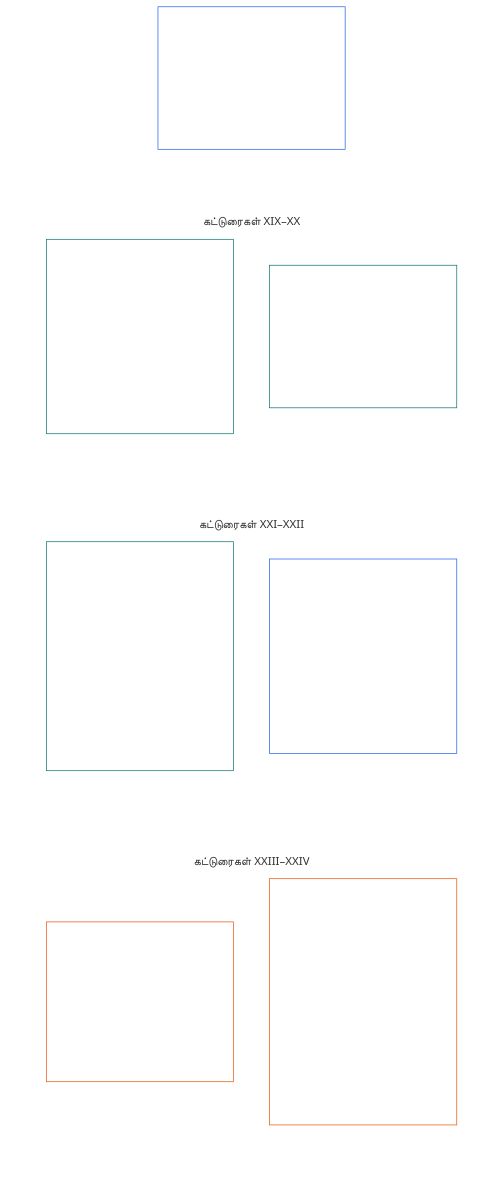
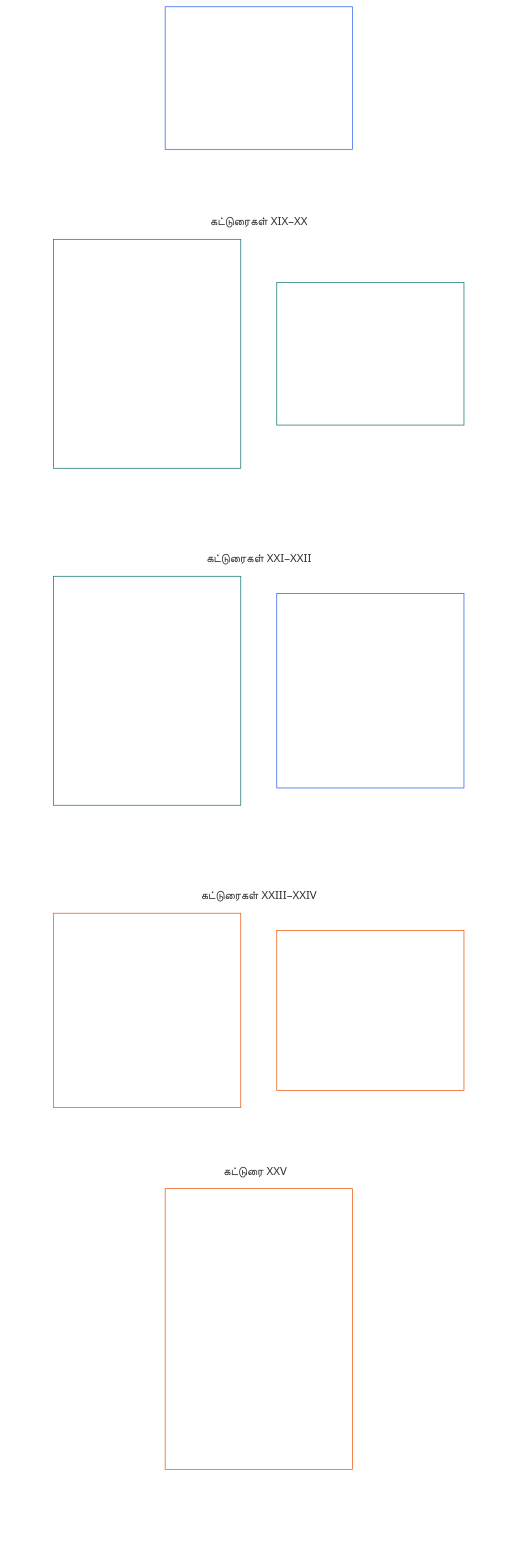
Before and after one commit to kfoelsch/Sentient_Constitution: the diagram in translations/ta/core_06_rights_part_d.md, drawn with Mermaid. The commit also changed other lines of this file and 353 other files, not shown here.

````diff
--- a/translations/ta/core_06_rights_part_d.md
+++ b/translations/ta/core_06_rights_part_d.md
@@ -46,36 +46,42 @@
 ```mermaid
 flowchart TB
     D0["பகுதி D<br/><br/>நிலைப்பாடு, நீதி, இயங்குதன்மை,<br/>புரிந்துகொள்ளத்தன்மை, மூலக் காரண ஆய்வு, அரசியலமைப்பு விளக்கம்"]
     subgraph Dgrid[" "]
         direction TB
         subgraph Drow1["கட்டுரைகள் XIX–XX"]
-            D1["கட்டுரை XIX · நிலைப்பாடும் பங்கேற்பு நிலையும்<br/><br/>• நிலைப்பாட்டு வேறுபாடுகள்<br/>• எதிர்வாத உரிமையும் கட்டுப்பாட்டு வரம்புகளும்<br/>• பெயரிடப்பட்ட வழித்தடத் தகுதி, பொறுப்பு, தணிக்கை<br/>• நகர்வு, புகலிடம், நாடற்ற நிலை ஏற்படாமை"]
+            D1["கட்டுரை XIX · நிலைப்பாடும் பங்கேற்பு நிலையும்<br/><br/>• நிலைப்பாட்டு வேறுபாடுகள்<br/>• எதிர்வாத உரிமையும் விகிதாசாரக் கட்டுப்பாடுகளும்<br/>• பங்களிப்பு, திறன் தடைகள், பெயரிடப்பட்ட வழித்தடத் தகுதி<br/>• மீறல்கள், நிலைப்பாட்டு பூட்டுகள், சிறப்பு வாக்கு விதிகள்"]
             D2["கட்டுரை XX · சரிபார்க்கப்பட்ட மீறலுக்குப் பிந்தைய நீதி<br/><br/>• நீதியின் நோக்கமும் வரம்பும்<br/>• கட்டுப்பாடுகளுக்கான அடித்தளங்கள்"]
         end
         subgraph Drow2["கட்டுரைகள் XXI–XXII"]
-            D3["கட்டுரை XXI · இயங்குதன்மை, எடுத்துச் செல்லத்தன்மை, நகர்வு, புகலிடம், வெளியேற்ற ஒருமைப்பாடு<br/><br/>• எடுத்துச் செல்லத்தன்மை<br/>• பரஸ்பர இயங்குதன்மை<br/>• பூட்டிவைத்தலைத் தடுப்பது<br/>• நகர்வு, இடம்பெயர்வு, புகலிடம், நாடற்ற நிலை ஏற்படாமை"]
-            D4["கட்டுரை XXII · புரிந்துகொள்ளத்தன்மையும் சிக்கல்தன்மை பொறுப்பாட்சியும்<br/><br/>• விகிதாசார புரிந்துகொள்ளத்தன்மை<br/>• சிக்கல்தன்மைத் தணிக்கையும் தொகுதிப்படுத்தலும்"]
+            D3["கட்டுரை XXI · இயங்குதன்மை, எடுத்துச் செல்லத்தன்மை, வெளியேறும் ஒருமைப்பாடு<br/><br/>• எடுத்துச் செல்லும் உரிமைகள்<br/>• பரஸ்பர இயங்குதன்மை எல்லைகள்<br/>• பூட்டிவைத்தல் எதிர்ப்பு<br/>• திறந்த வடிவங்களும் தரநிலைகளும்"]
+            D4["கட்டுரை XXII · நகர்வு, இடம்பெயர்வு, புகலிடம், நாடற்ற நிலை ஏற்படாமை<br/><br/>• நகர்வும் இடமாற்றமும்<br/>• இணங்காமைக்கான புகலிடம்<br/>• நாடற்ற நிலை ஏற்படாமை<br/>• கட்டுப்பாடு, காவல், அவசரக் கால ஒழுங்கு"]
         end
         subgraph Drow3["கட்டுரைகள் XXIII–XXIV"]
-            D5["கட்டுரை XXIII · மூலக் காரணப் பகுப்பாய்வும் தழுவல் பதிலும்<br/><br/>• கண்டறிதல் கடுமையும் காரண ஒதுக்கீடும்<br/>• தணிக்கைத்தன்மை, சவால், மீள்தன்மை"]
-            D6["கட்டுரை XXIV · அரசியலமைப்பு விளக்கம், மறுஆய்வு, கைப்பற்றல்-எதிர்ப்பு பாதுகாப்புகள்<br/><br/>• வரையறுக்கப்பட்ட விளக்க ஆணை<br/>• அமைப்பு, சுழற்சி, முரண்பாட்டுக் கட்டுப்பாடுகள்<br/>• பொது காரணங்கள், சவால், வெளிப்புற மறுஆய்வு<br/>• பதவிநீக்கம், பதவியைப் பதியவைத்தலைத் தடுத்தல்"]
+            D5["கட்டுரை XXIII · புரிந்துகொள்ளத்தன்மையும் சிக்கல்தன்மை பொறுப்பாட்சியும்<br/><br/>• விகிதாசார புரிந்துகொள்ளத்தன்மை<br/>• சிக்கல்தன்மைத் தணிக்கையும் தொகுதிப்படுத்தலும்"]
+            D6["கட்டுரை XXIV · மூலக் காரணப் பகுப்பாய்வும் தழுவல் பதிலும்<br/><br/>• கண்டறிதல் கடுமையும் காரண ஒதுக்கீடும்<br/>• தணிக்கைத்தன்மை, சவால், மீள்தன்மை விருப்பம்"]
+        subgraph Drow4["கட்டுரை XXV"]
+            D7["கட்டுரை XXV · அரசியலமைப்பு விளக்கம், மறுஆய்வு, கைப்பற்றல்-எதிர்ப்பு பாதுகாப்புகள்<br/><br/>• வரையறுக்கப்பட்ட விளக்க ஆணையும் பொது காரணங்களும்<br/>• சவால் உரிமைகளும் சுயாதீன மறுஆய்வும்<br/>• மன்றச் சுதந்திரமும் வெளிப்புற மறுஆய்வும்<br/>• காரணத்திற்காக நீக்குதல், பதவியைப் பதியவைத்தலைத் தடுத்தல்"]
+        end
         end
     end
     %% கண்ணுக்குப் புலப்படாத இணைப்புகள் இரண்டு நெடுவரிசை அமைப்பை வலியுறுத்துகின்றன: ஒவ்வொரு இணைப்பும் அதன் இலக்கை ஒரு நிலை கீழே வைக்கிறது.
     D0 ~~~ D1 & D2
     D1 ~~~ D3
     D2 ~~~ D4
     D3 ~~~ D5
     D4 ~~~ D6
+    D5 & D6 ~~~ D7
     style Dgrid fill:none,stroke:none
     style Drow1 fill:none,stroke:none
     style Drow2 fill:none,stroke:none
     style Drow3 fill:none,stroke:none
+    style Drow4 fill:none,stroke:none
     style D0 fill:none,stroke:#2563eb,color:#ffffff
     style D1 fill:none,stroke:#0f766e,color:#ffffff
     style D2 fill:none,stroke:#0f766e,color:#ffffff
     style D3 fill:none,stroke:#0f766e,color:#ffffff
     style D4 fill:none,stroke:#2563eb,color:#ffffff
     style D5 fill:none,stroke:#ea580c,color:#ffffff
     style D6 fill:none,stroke:#ea580c,color:#ffffff
+    style D7 fill:none,stroke:#ea580c,color:#ffffff
 ```
````
